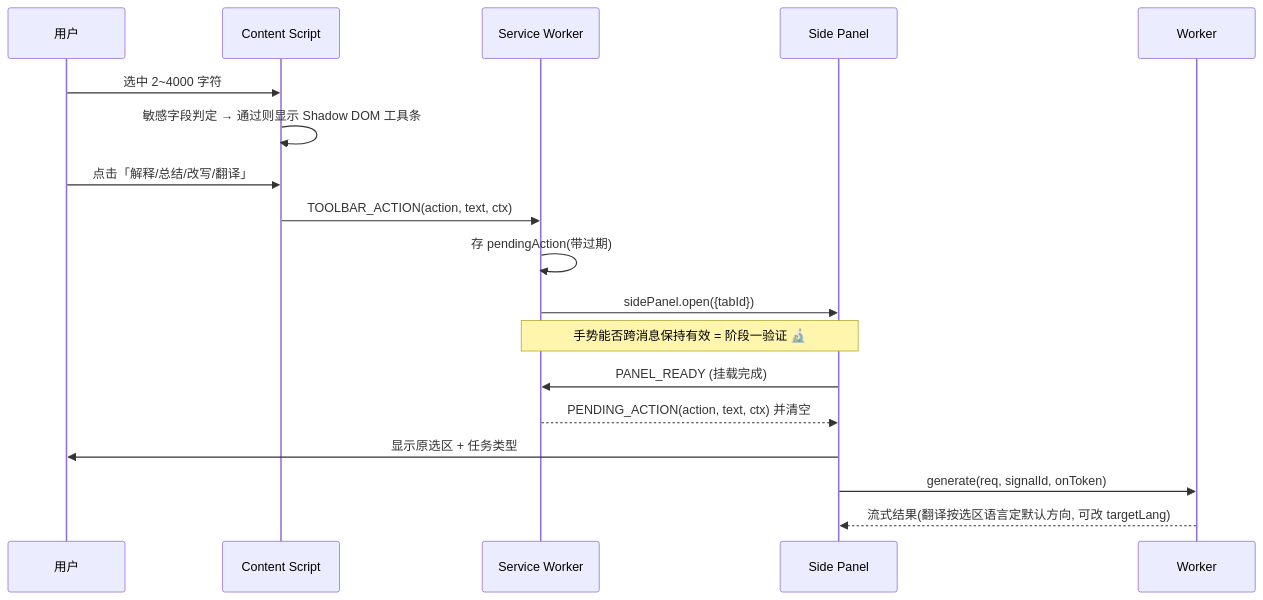
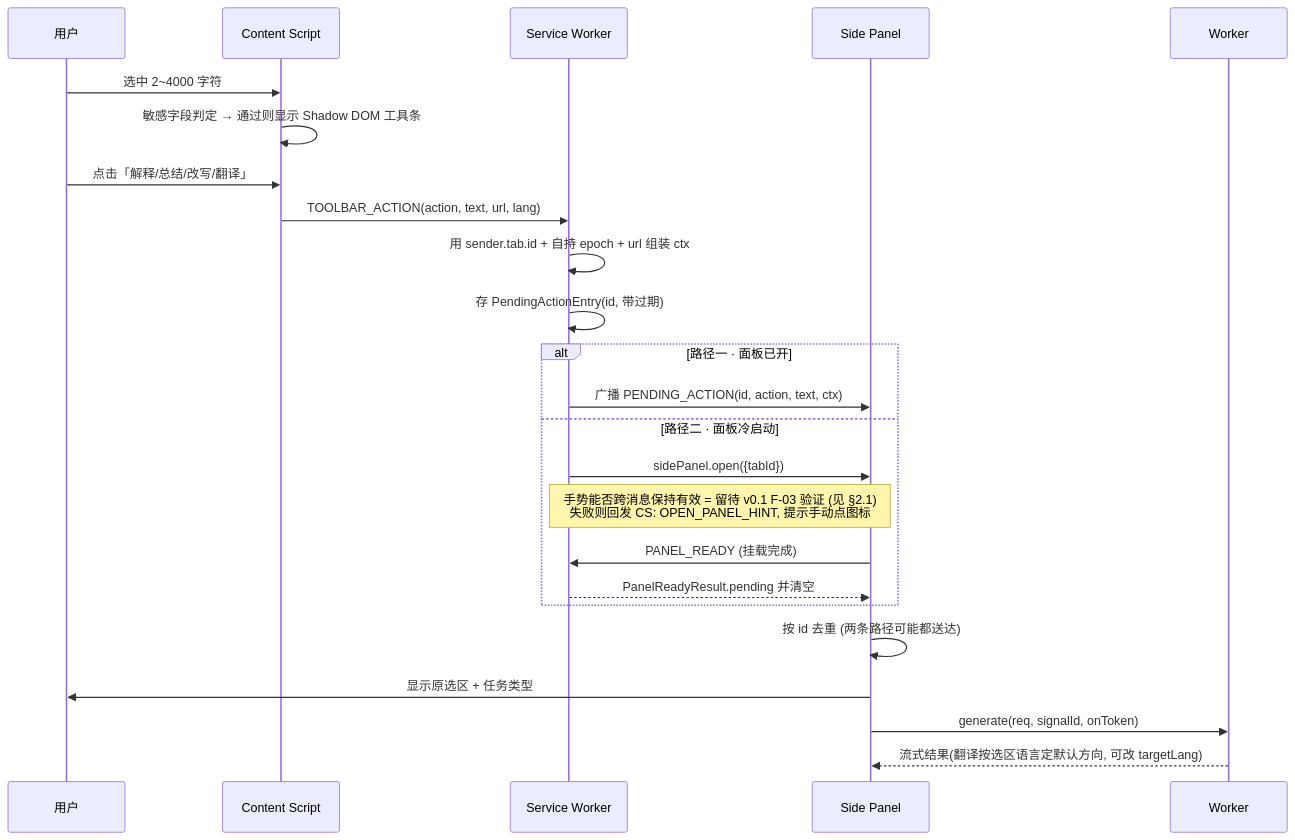
The fourth of 4 diagrams in docs/Wisp_设计文档.md (Mr-CG-end/wisp-ai-copilot), drawn with Mermaid before and after one commit. The commit also changed other lines of this file and 1 other file, not shown here.

````diff
--- a/docs/Wisp_设计文档.md
+++ b/docs/Wisp_设计文档.md
@@ -498,20 +660,26 @@
 ```mermaid
 sequenceDiagram
     participant U as 用户
     participant CS as Content Script
     participant SW as Service Worker
     participant SP as Side Panel
     participant W as Worker
     U->>CS: 选中 2~4000 字符
     CS->>CS: 敏感字段判定 → 通过则显示 Shadow DOM 工具条
     U->>CS: 点击「解释/总结/改写/翻译」
-    CS->>SW: TOOLBAR_ACTION(action, text, ctx)
-    SW->>SW: 存 pendingAction(带过期)
-    SW->>SP: sidePanel.open({tabId})
-    Note over SW,SP: 手势能否跨消息保持有效 = 阶段一验证 🔬
-    SP->>SW: PANEL_READY (挂载完成)
-    SW-->>SP: PENDING_ACTION(action, text, ctx) 并清空
+    CS->>SW: TOOLBAR_ACTION(action, text, url, lang)
+    SW->>SW: 用 sender.tab.id + 自持 epoch + url 组装 ctx
+    SW->>SW: 存 PendingActionEntry(id, 带过期)
+    alt 路径一 · 面板已开
+        SW->>SP: 广播 PENDING_ACTION(id, action, text, ctx)
+    else 路径二 · 面板冷启动
+        SW->>SP: sidePanel.open({tabId})
+        Note over SW,SP: 手势能否跨消息保持有效 = 留待 v0.1 F-03 验证 (见 §2.1)<br/>失败则回发 CS: OPEN_PANEL_HINT, 提示手动点图标
+        SP->>SW: PANEL_READY (挂载完成)
+        SW-->>SP: PanelReadyResult.pending 并清空
+    end
+    SP->>SP: 按 id 去重 (两条路径可能都送达)
     SP->>U: 显示原选区 + 任务类型
     SP->>W: generate(req, signalId, onToken)
     W-->>SP: 流式结果(翻译按选区语言定默认方向, 可改 targetLang)
 ```
````
